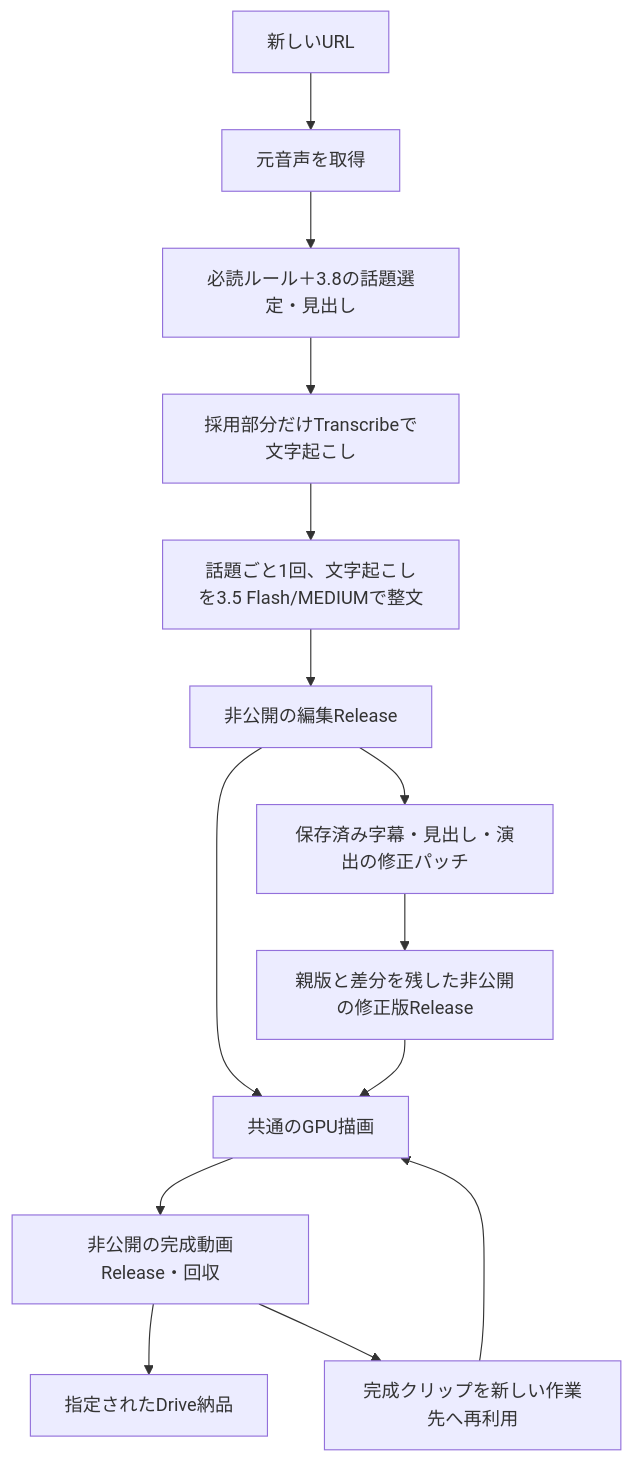
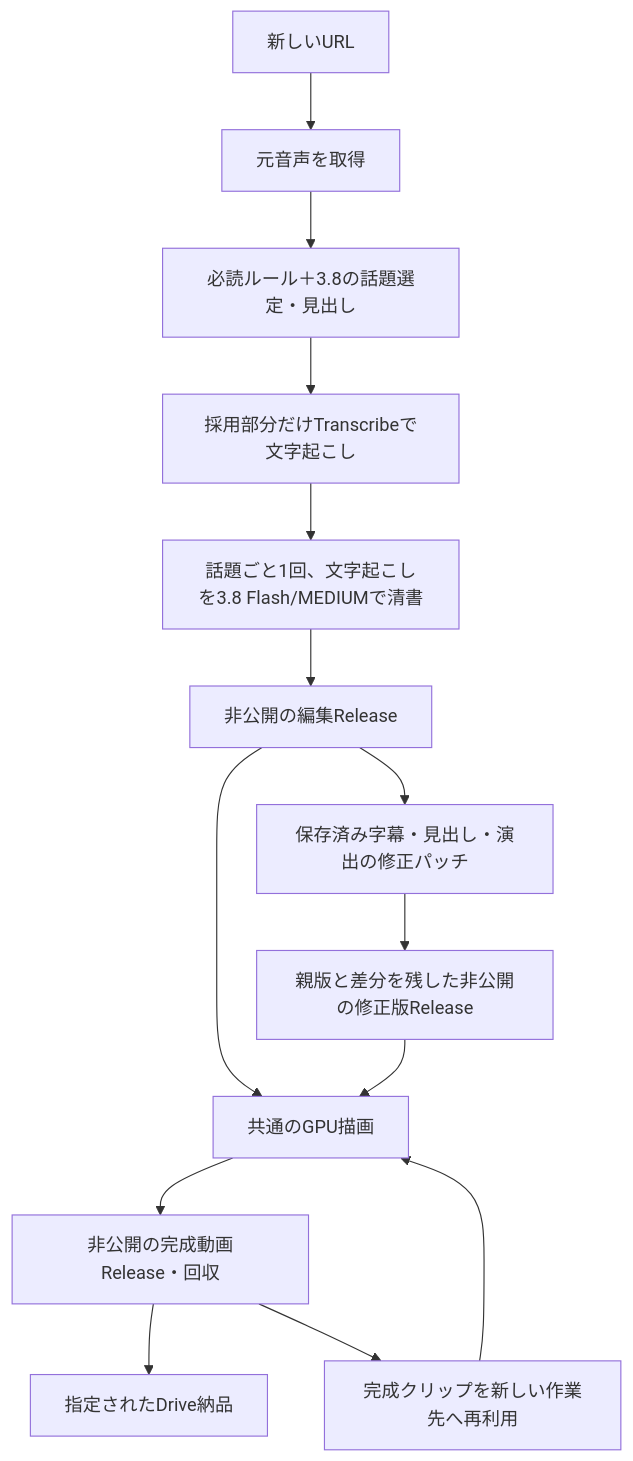
The diagram in docs/PRODUCTION_AND_REVISION.md (nyu1791-collab/ClipForge), drawn with Mermaid before and after one commit. The commit also changed other lines of this file and 18 other files, not shown here.

````diff
--- a/docs/PRODUCTION_AND_REVISION.md
+++ b/docs/PRODUCTION_AND_REVISION.md
@@ -9,16 +9,16 @@
 ```mermaid
 flowchart TD
   A[新しいURL] --> B[元音声を取得]
   B --> C[必読ルール＋3.8の話題選定・見出し]
   C --> X[採用部分だけTranscribeで文字起こし]
-  X --> D[話題ごと1回、文字起こしを3.5 Flash/MEDIUMで整文]
+  X --> D[話題ごと1回、文字起こしを3.8 Flash/MEDIUMで清書]
   D --> E[非公開の編集Release]
   E --> F[共通のGPU描画]
   F --> G[非公開の完成動画Release・回収]
   G --> H[指定されたDrive納品]
   E --> I[保存済み字幕・見出し・演出の修正パッチ]
   I --> J[親版と差分を残した非公開の修正版Release]
   J --> F
   G --> K[完成クリップを新しい作業先へ再利用]
   K --> F
 ```
````
